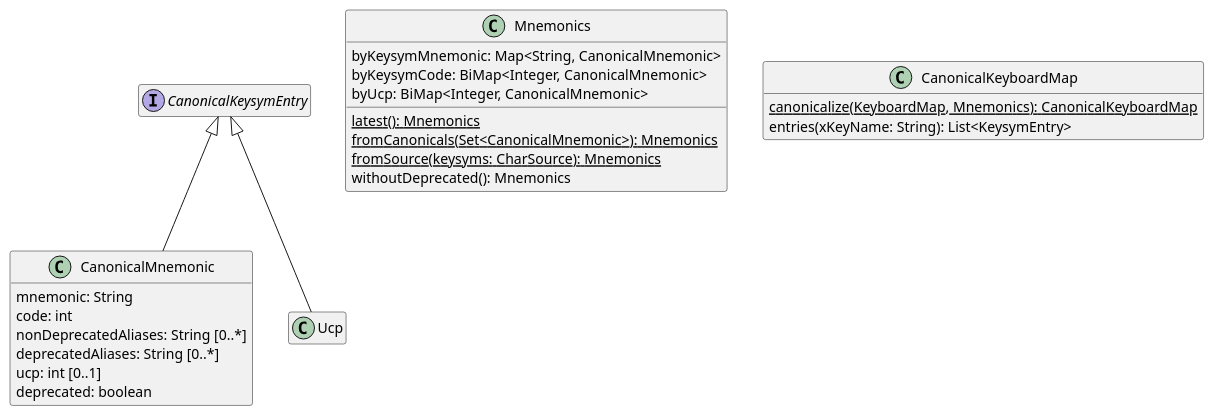
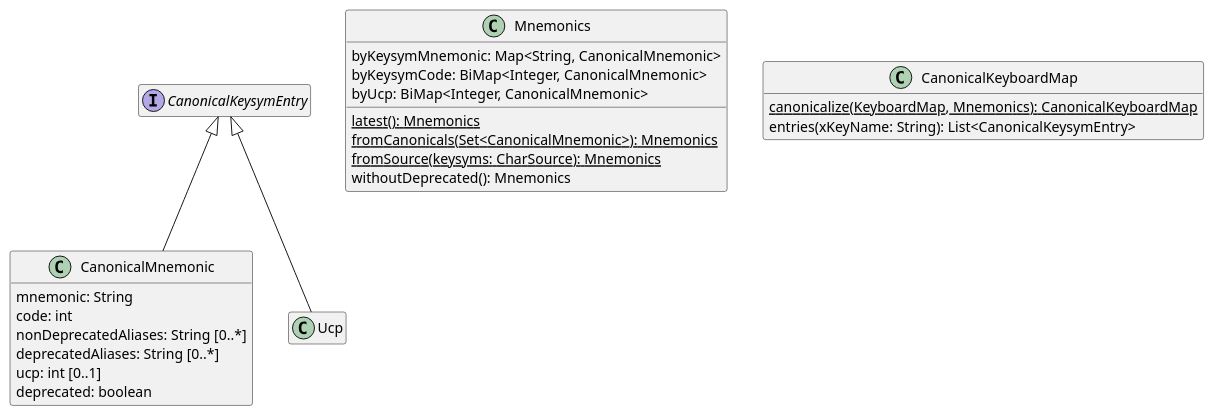
The diagram in Mnemonics.wsd (oliviercailloux/Keyboardd), drawn with PlantUML before and after one commit.

Commit message:
+Canonical+KeysymEntry

```diff
--- a/Mnemonics.wsd
+++ b/Mnemonics.wsd
@@ -1,32 +1,32 @@
 @startuml Mnemonics
 hide empty members
 
 class "CanonicalMnemonic" {
   mnemonic: String
   code: int
   nonDeprecatedAliases: String [0..*]
   deprecatedAliases: String [0..*]
   ucp: int [0..1]
   deprecated: boolean
 }
 
 class "Mnemonics" {
   {static} latest(): Mnemonics
   {static} fromCanonicals(Set<CanonicalMnemonic>): Mnemonics
   {static} fromSource(keysyms: CharSource): Mnemonics
   byKeysymMnemonic: Map<String, CanonicalMnemonic>
   byKeysymCode: BiMap<Integer, CanonicalMnemonic>
   byUcp: BiMap<Integer, CanonicalMnemonic>
   withoutDeprecated(): Mnemonics
 }
 
 interface "CanonicalKeysymEntry" {}
 "CanonicalKeysymEntry" <|-- "CanonicalMnemonic"
 "CanonicalKeysymEntry" <|-- "Ucp"
 
 class "CanonicalKeyboardMap" {
   {static} canonicalize(KeyboardMap, Mnemonics): CanonicalKeyboardMap
-  entries(xKeyName: String): List<KeysymEntry>
+  entries(xKeyName: String): List<CanonicalKeysymEntry>
 }
 
 @enduml
```
